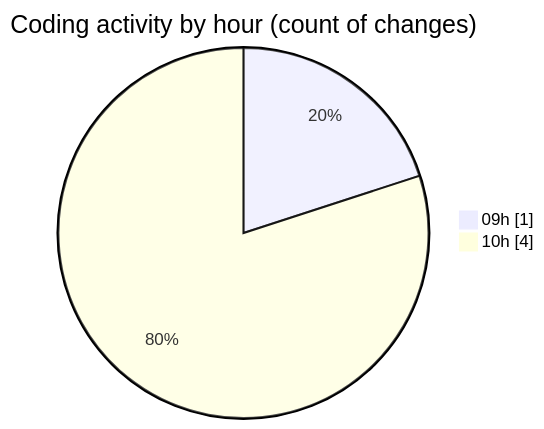
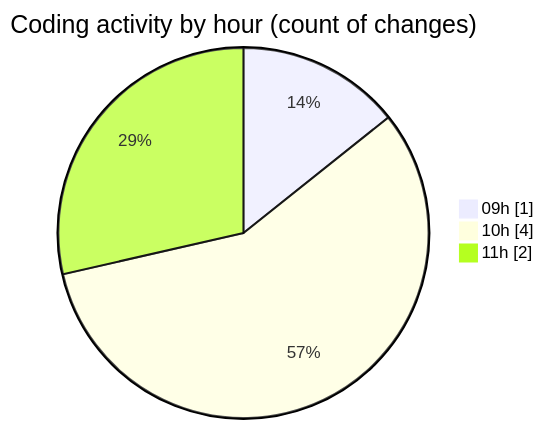
Before and after one commit to momahboobian/code-tracking: the second of 2 diagrams in 2025-02-24/cda/README.md, drawn with Mermaid. The commit also changed other lines of this file and 1 other file, not shown here.

````diff
--- a/2025-02-24/cda/README.md
+++ b/2025-02-24/cda/README.md
@@ -33,6 +35,7 @@
 ```mermaid
 pie showData
 title Coding activity by hour (count of changes)
 "09h" : 1
 "10h" : 4
+"11h" : 2
 ```
````
